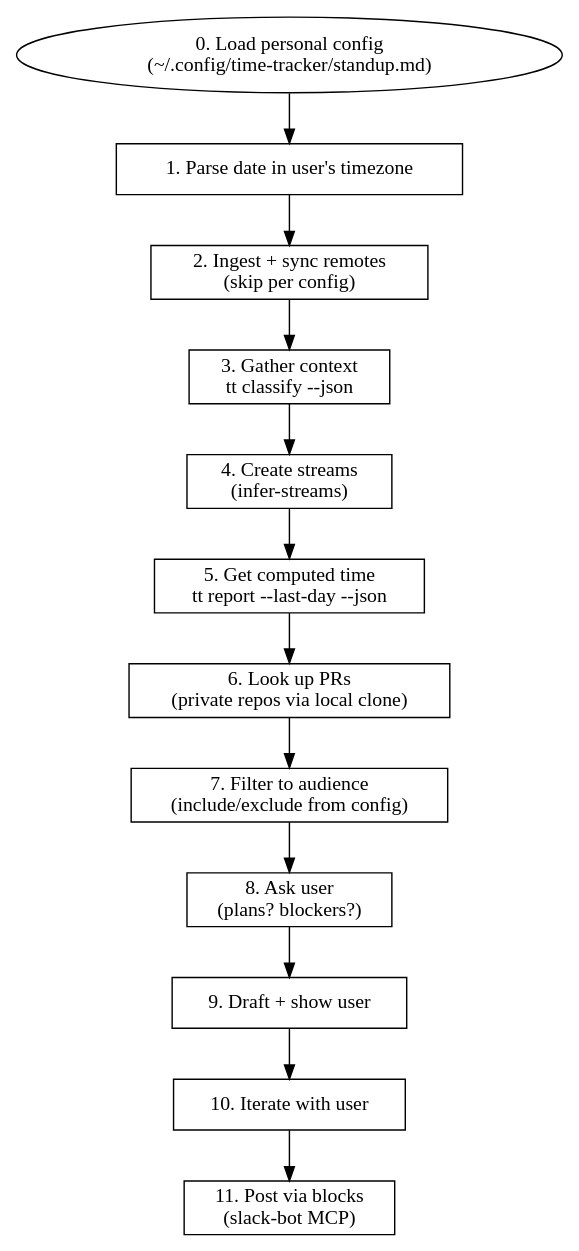
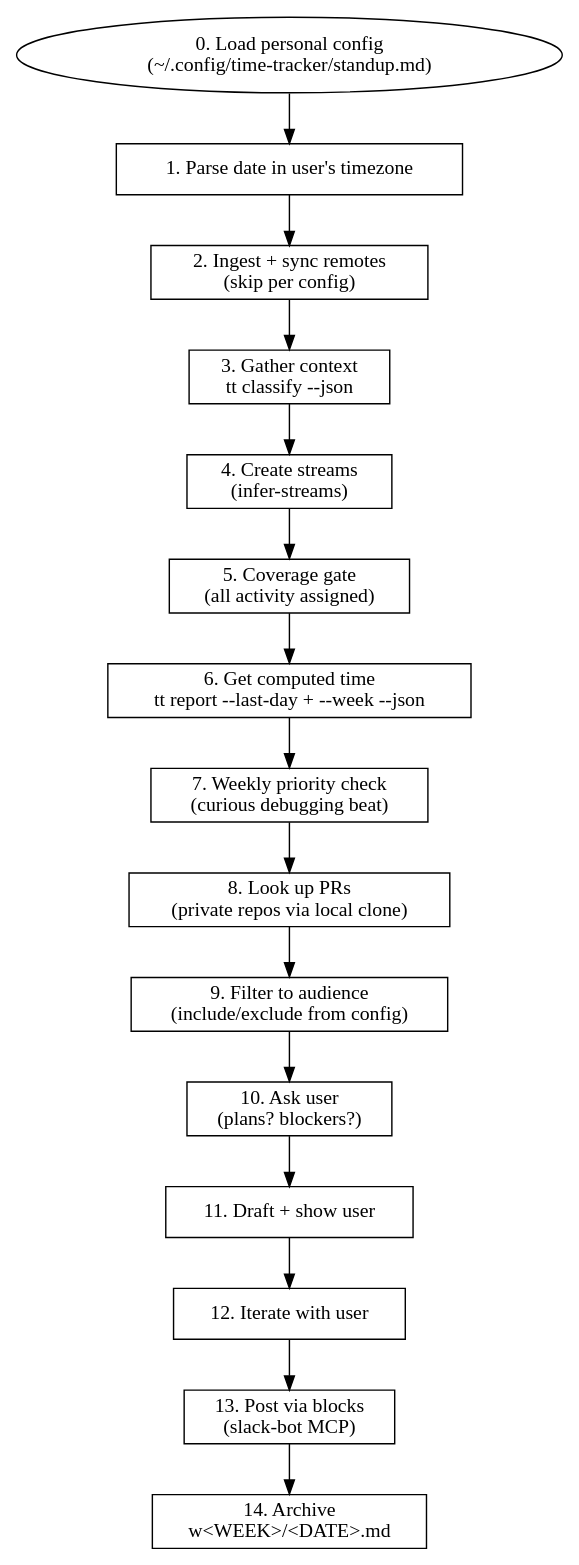
Before and after one commit to sjawhar/time-tracker: the diagram in .opencode/skills/daily-standup/SKILL.md, drawn with Graphviz. The commit also changed other lines of this file, not shown here.

First line of the commit message:
feat(daily-standup): weekly priority check + daily archive (#44)

````diff
--- a/.opencode/skills/daily-standup/SKILL.md
+++ b/.opencode/skills/daily-standup/SKILL.md
@@ -56,21 +57,24 @@
 ```dot
 digraph standup {
   rankdir=TB;
   node [shape=box];
 
   cfg [label="0. Load personal config\n(~/.config/time-tracker/standup.md)" shape=ellipse];
   start [label="1. Parse date in user's timezone"];
   ingest [label="2. Ingest + sync remotes\n(skip per config)"];
   gather [label="3. Gather context\ntt classify --json"];
   analyze [label="4. Create streams\n(infer-streams)"];
-  compute [label="5. Get computed time\ntt report --last-day --json"];
-  prs [label="6. Look up PRs\n(private repos via local clone)"];
-  filter [label="7. Filter to audience\n(include/exclude from config)"];
-  ask [label="8. Ask user\n(plans? blockers?)"];
-  draft [label="9. Draft + show user"];
-  iterate [label="10. Iterate with user"];
-  post [label="11. Post via blocks\n(slack-bot MCP)"];
+  coverage [label="5. Coverage gate\n(all activity assigned)"];
+  compute [label="6. Get computed time\ntt report --last-day + --week --json"];
+  prio [label="7. Weekly priority check\n(curious debugging beat)"];
+  prs [label="8. Look up PRs\n(private repos via local clone)"];
+  filter [label="9. Filter to audience\n(include/exclude from config)"];
+  ask [label="10. Ask user\n(plans? blockers?)"];
+  draft [label="11. Draft + show user"];
+  iterate [label="12. Iterate with user"];
+  post [label="13. Post via blocks\n(slack-bot MCP)"];
+  archive [label="14. Archive\nw<WEEK>/<DATE>.md"];
 
-  cfg -> start -> ingest -> gather -> analyze -> compute -> prs -> filter -> ask -> draft -> iterate -> post;
+  cfg -> start -> ingest -> gather -> analyze -> coverage -> compute -> prio -> prs -> filter -> ask -> draft -> iterate -> post -> archive;
 }
 ```
````
